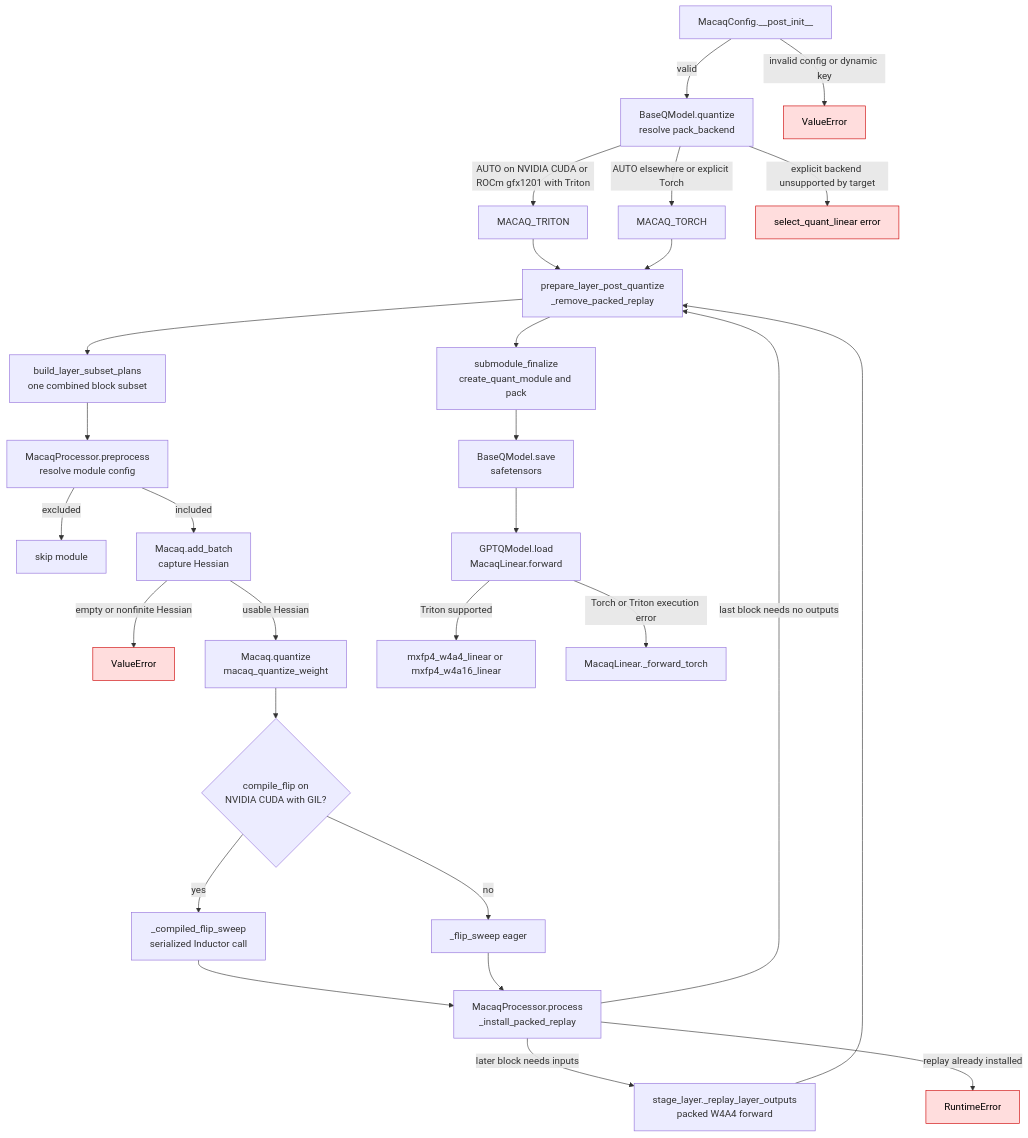
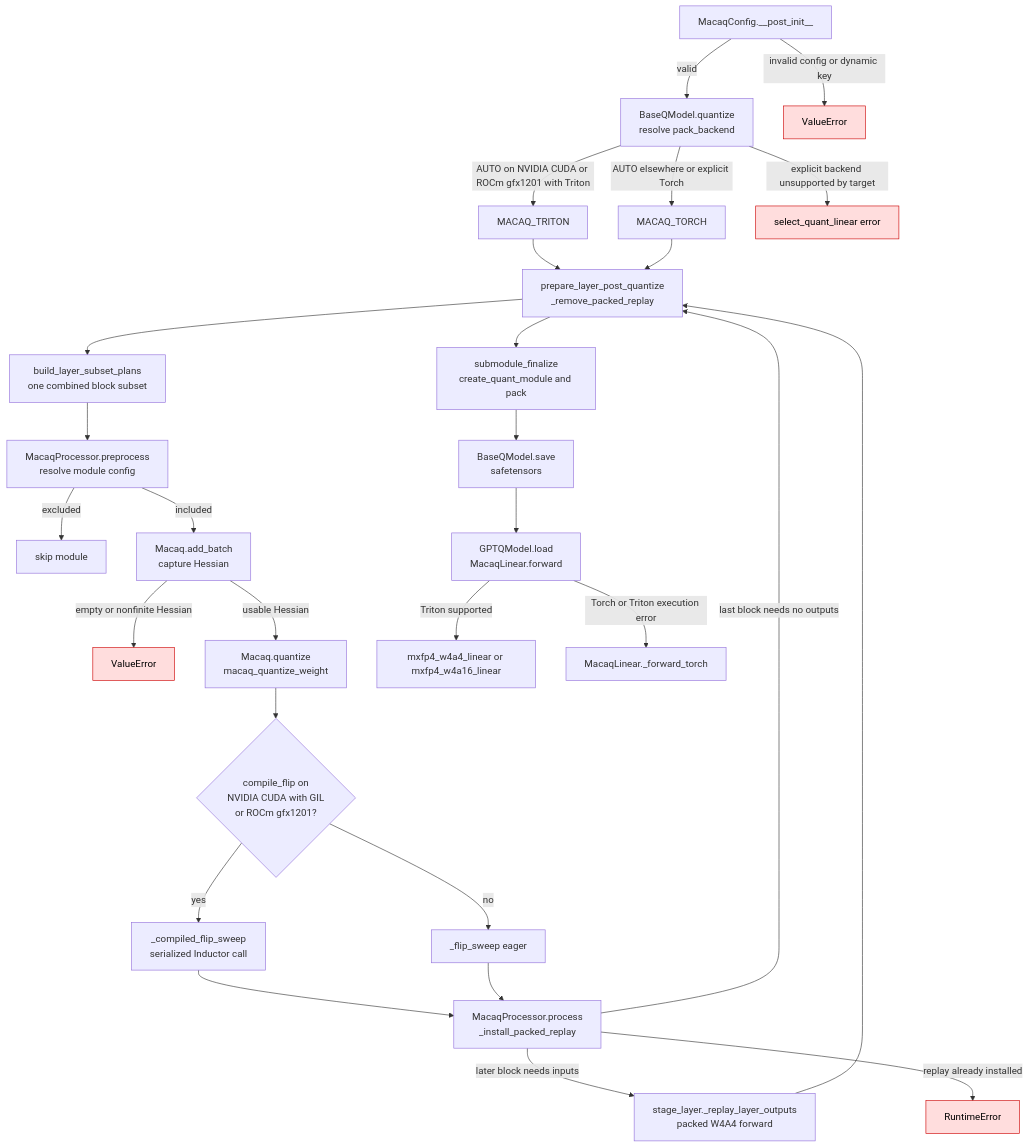
The diagram in docs/macaq.md (ModelCloud/GPTQModel), drawn with Mermaid before and after one commit. The commit also changed other lines of this file and 7 other files, not shown here.

````diff
--- a/docs/macaq.md
+++ b/docs/macaq.md
@@ -78,32 +78,32 @@
 ```mermaid
 flowchart TD
     A["MacaqConfig.__post_init__"] -->|valid| B["BaseQModel.quantize<br/>resolve pack_backend"]
     A -->|invalid config or dynamic key| F1["ValueError"]
     B -->|AUTO on NVIDIA CUDA or ROCm gfx1201 with Triton| T["MACAQ_TRITON"]
     B -->|AUTO elsewhere or explicit Torch| P["MACAQ_TORCH"]
     B -->|explicit backend unsupported by target| F2["select_quant_linear error"]
     T --> C["QuantizationRunPlan.build"]
     P --> C
     C --> S1["build_layer_subset_plans<br/>one combined block subset"]
     S1 --> D["MacaqProcessor.preprocess<br/>resolve module config"]
     D -->|excluded| S["skip module"]
     D -->|included| E["Macaq.add_batch<br/>capture Hessian"]
     E -->|empty or nonfinite Hessian| F3["ValueError"]
     E -->|usable Hessian| Q["Macaq.quantize<br/>macaq_quantize_weight"]
-    Q --> CF{"compile_flip on<br/>NVIDIA CUDA with GIL?"}
+    Q --> CF{"compile_flip on<br/>NVIDIA CUDA with GIL<br/>or ROCm gfx1201?"}
     CF -->|yes| KC["_compiled_flip_sweep<br/>serialized Inductor call"]
     CF -->|no| KE["_flip_sweep eager"]
     KC --> R["MacaqProcessor.process<br/>_install_packed_replay"]
     KE --> R
     R -->|later block needs inputs| F["stage_layer._replay_layer_outputs<br/>packed W4A4 forward"]
     R -->|last block needs no outputs| C["prepare_layer_post_quantize<br/>_remove_packed_replay"]
     F --> C
     R -->|replay already installed| F4["RuntimeError"]
     C --> U["submodule_finalize<br/>create_quant_module and pack"]
     U --> V["BaseQModel.save<br/>safetensors"]
     V --> L["GPTQModel.load<br/>MacaqLinear.forward"]
     L -->|Triton supported| K["mxfp4_w4a4_linear or mxfp4_w4a16_linear"]
     L -->|Torch or Triton execution error| O["MacaqLinear._forward_torch"]
     classDef error fill:#fdd,stroke:#c00,color:#000;
     class F1,F2,F3,F4 error;
 ```
````
